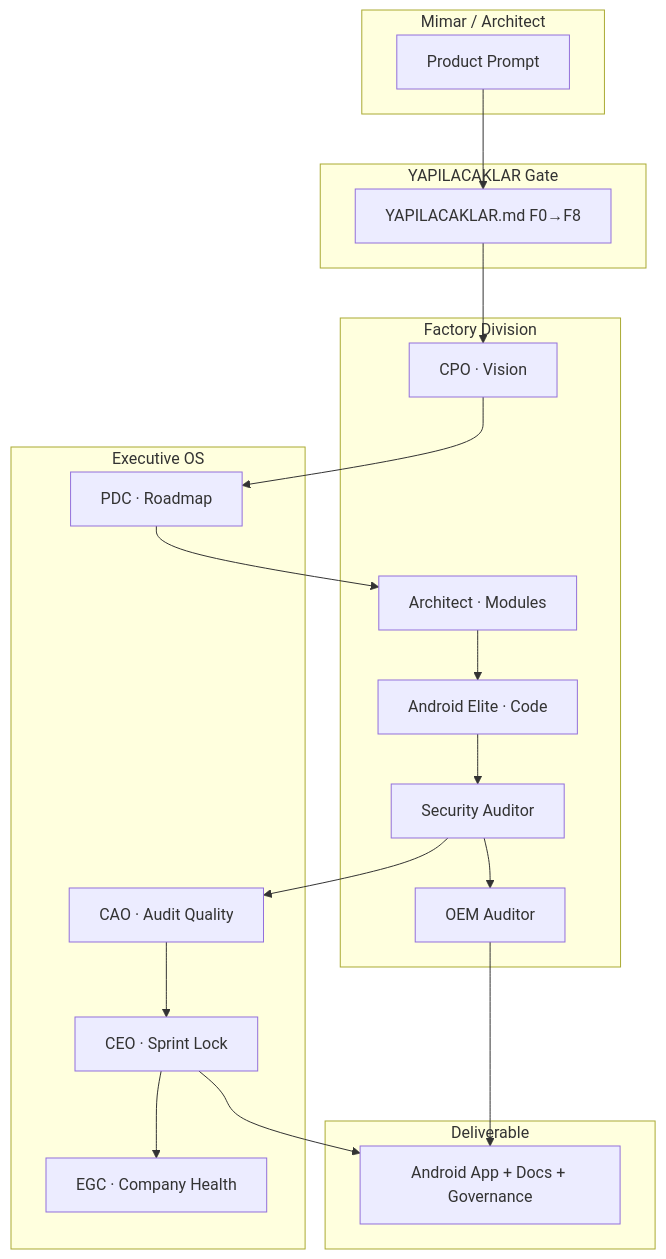
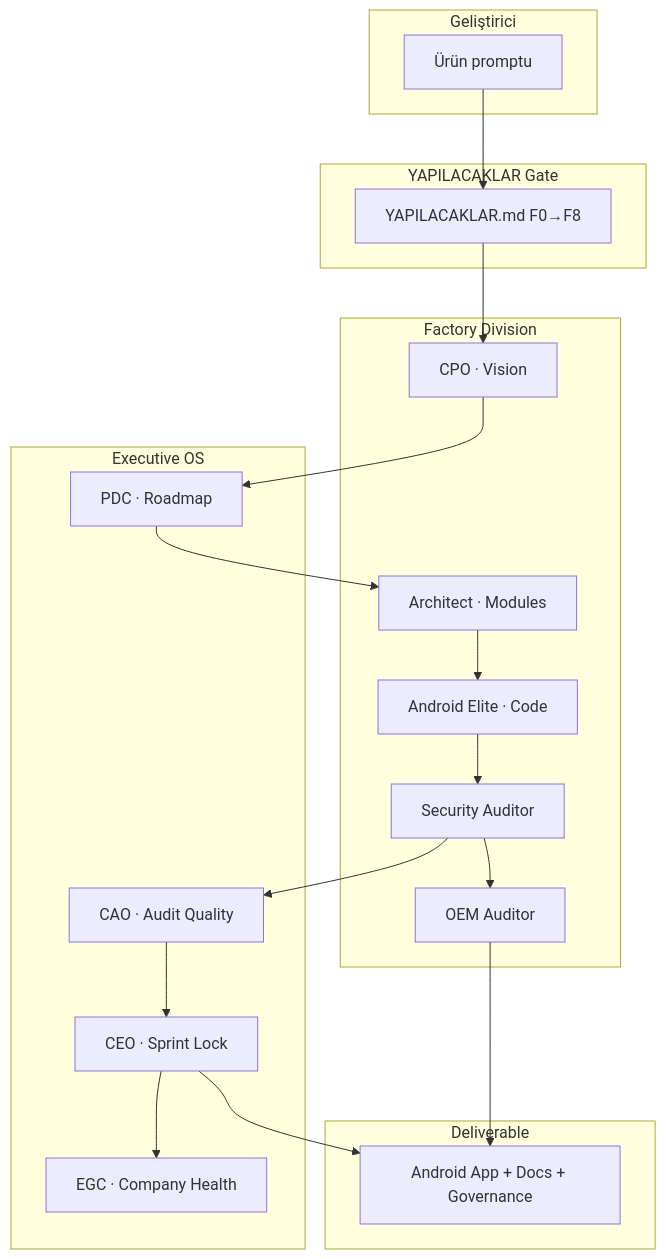
One commit to clariongemini/APP-FABRIKA changed the third of 3 diagrams in README.md. Above: the diagram before and after it, drawn with Mermaid. The commit also changed other lines of this file and 40 other files, not shown here.

````diff
--- a/README.md
+++ b/README.md
@@ -316,36 +306,36 @@
 ```mermaid
 flowchart TB
-    subgraph Input["Mimar / Architect"]
-        P[Product Prompt]
+    subgraph Input["Geliştirici"]
+        P[Ürün promptu]
     end
 
     subgraph Gate["YAPILACAKLAR Gate"]
         Y[YAPILACAKLAR.md F0→F8]
     end
 
     subgraph Factory["Factory Division"]
         CPO[CPO · Vision]
         ARCH[Architect · Modules]
         AND[Android Elite · Code]
         SEC[Security Auditor]
         OEM[OEM Auditor]
     end
 
     subgraph Executive["Executive OS"]
         PDC[PDC · Roadmap]
         CEO[CEO · Sprint Lock]
         CAO[CAO · Audit Quality]
         EGC[EGC · Company Health]
     end
 
     subgraph Output["Deliverable"]
         APP[Android App + Docs + Governance]
     end
 
     P --> Y
     Y --> CPO --> PDC --> ARCH --> AND
     AND --> SEC --> OEM
     SEC --> CAO --> CEO --> EGC
     OEM --> APP
     CEO --> APP
 ```
````
